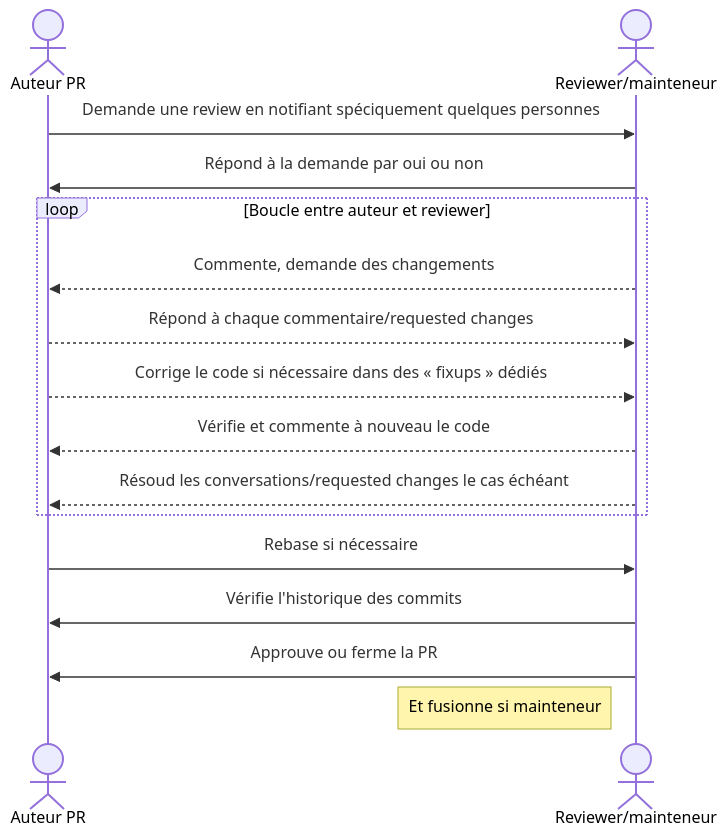
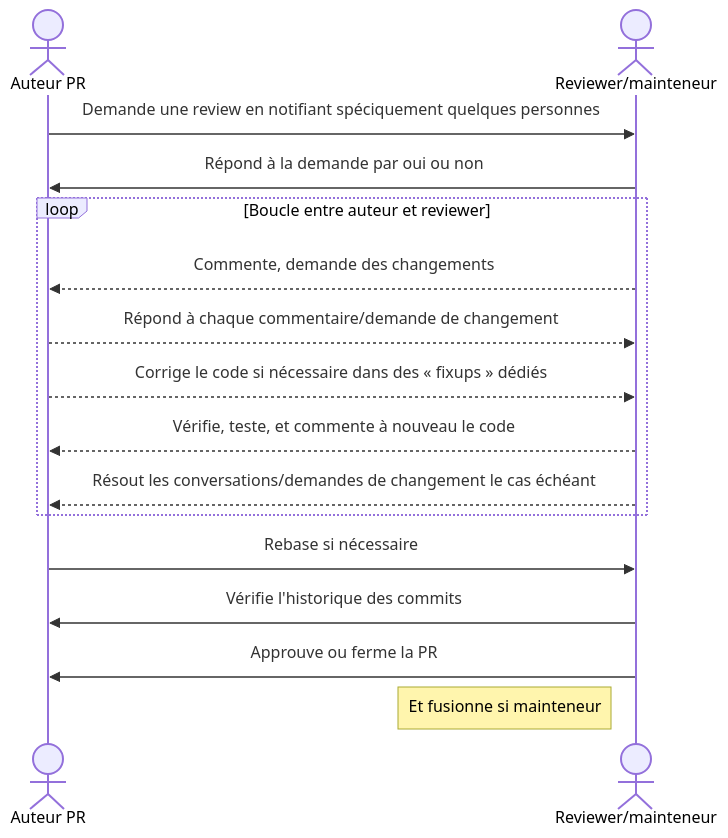
One commit to OpenRailAssociation/osrd-website changed the diagram in content/docs/guides/contribute/review-process.fr.md. Above: the diagram before and after it, drawn with Mermaid. The commit also changed other lines of this file and 1 other file, not shown here.

Commit message:
content: clarify review process (#191)

````diff
--- a/content/docs/guides/contribute/review-process.fr.md
+++ b/content/docs/guides/contribute/review-process.fr.md
@@ -5,21 +5,21 @@
 ```mermaid
 sequenceDiagram
   actor A as Auteur PR
   actor R as Reviewer/mainteneur
   
   A->>R: Demande une review en notifiant spéciquement quelques personnes
   R->>A: Répond à la demande par oui ou non
   
   loop Boucle entre auteur et reviewer
     R-->>A: Commente, demande des changements
-    A-->>R: Répond à chaque commentaire/requested changes
+    A-->>R: Répond à chaque commentaire/demande de changement
     A-->>R: Corrige le code si nécessaire dans des « fixups » dédiés
-    R-->>A: Vérifie et commente à nouveau le code
-    R-->>A: Résoud les conversations/requested changes le cas échéant
+    R-->>A: Vérifie, teste, et commente à nouveau le code
+    R-->>A: Résout les conversations/demandes de changement le cas échéant
   end
  
   A->>R: Rebase si nécessaire
   R->>A: Vérifie l'historique des commits
   R->>A: Approuve ou ferme la PR
   Note left of R: Et fusionne si mainteneur
 ```
````
